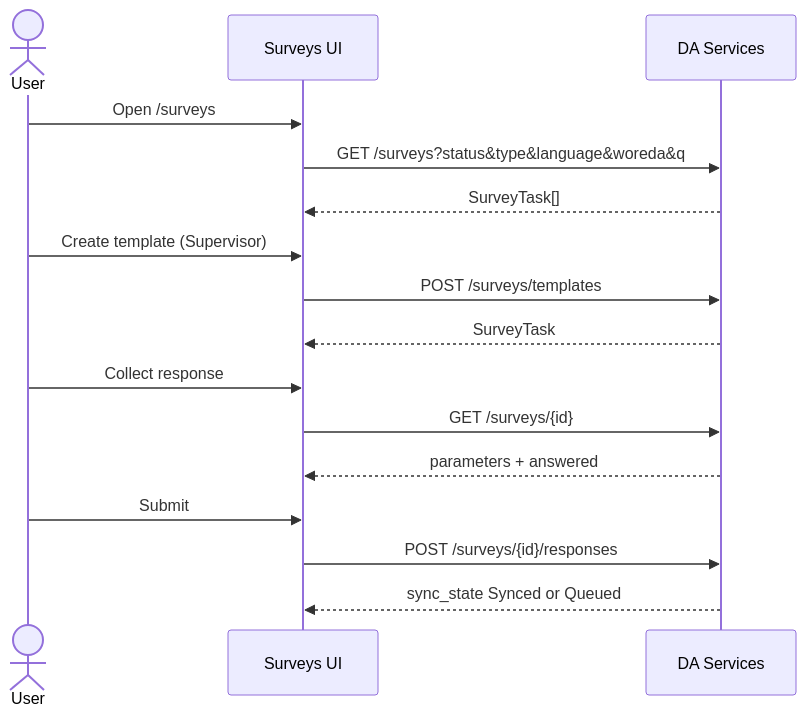
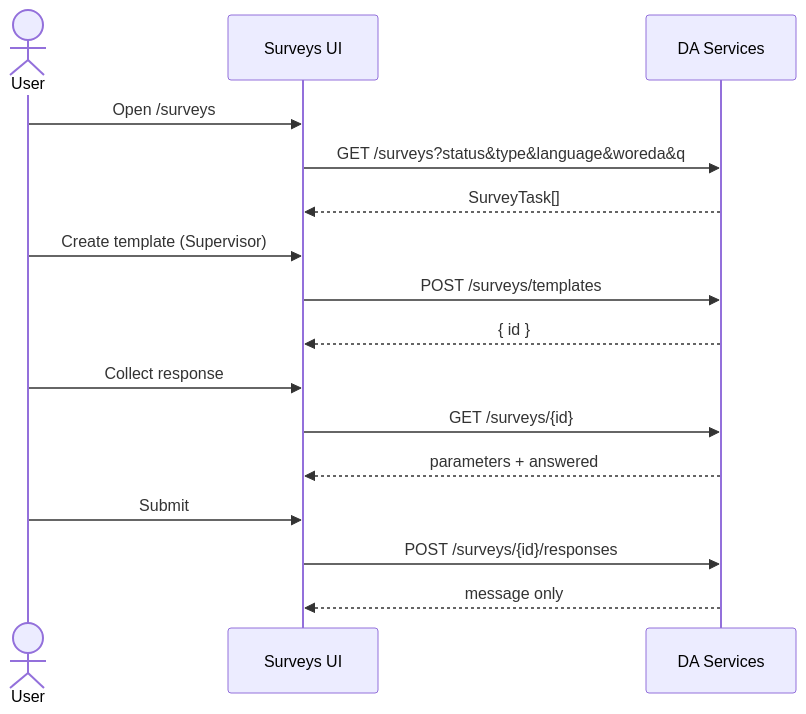
The diagram in docs/surveys-frontend.md (Centre-for-Open-Societal-Systems/oan_da_app_services), drawn with Mermaid before and after one commit. The commit also changed other lines of this file and 6 other files, not shown here.

````diff
--- a/docs/surveys-frontend.md
+++ b/docs/surveys-frontend.md
@@ -205,19 +178,19 @@
 ```mermaid
 sequenceDiagram
   actor User
   participant Page as Surveys UI
   participant DA as DA Services
 
   User->>Page: Open /surveys
   Page->>DA: GET /surveys?status&type&language&woreda&q
   DA-->>Page: SurveyTask[]
   User->>Page: Create template (Supervisor)
   Page->>DA: POST /surveys/templates
-  DA-->>Page: SurveyTask
+  DA-->>Page: { id }
   User->>Page: Collect response
   Page->>DA: GET /surveys/{id}
   DA-->>Page: parameters + answered
   User->>Page: Submit
   Page->>DA: POST /surveys/{id}/responses
-  DA-->>Page: sync_state Synced or Queued
+  DA-->>Page: message only
 ```
````
